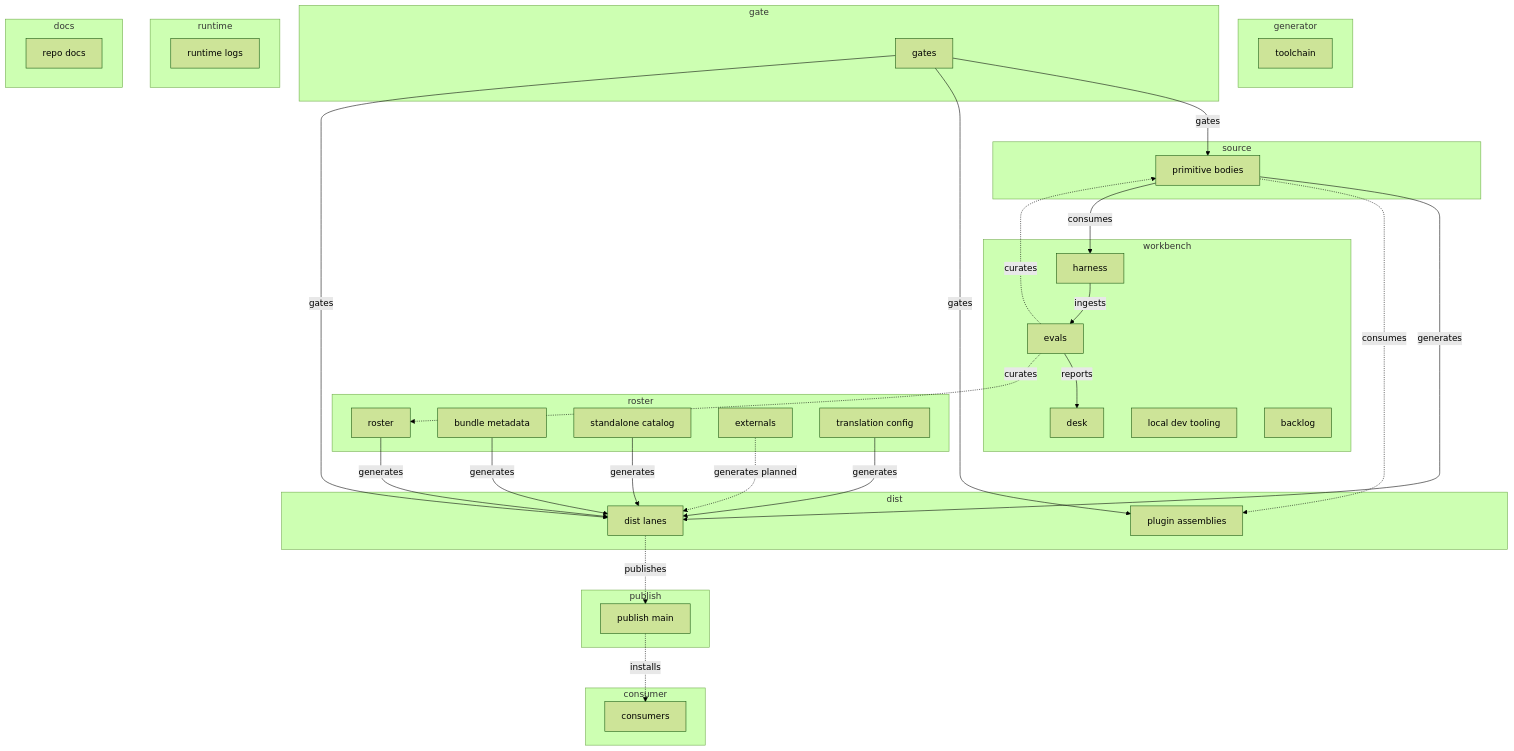
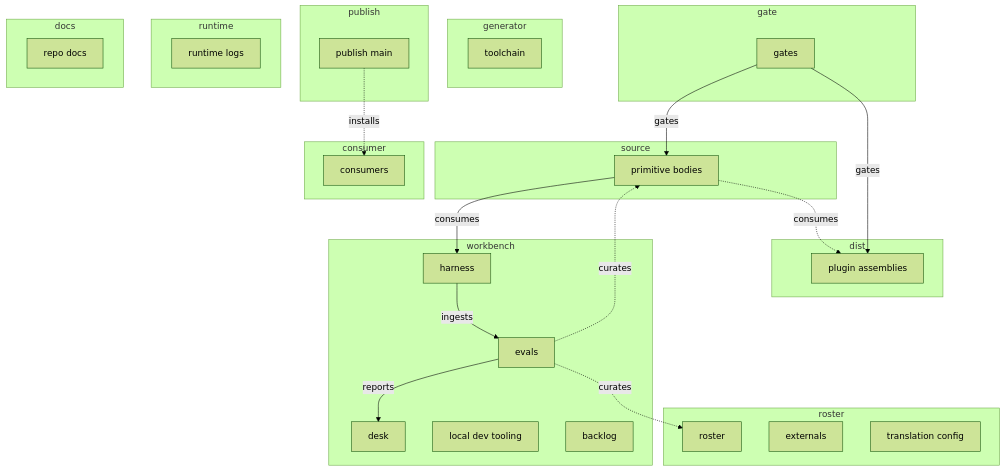
The diagram in docs/FLOW.md (hsb3/dotfiles-agents), drawn with Mermaid (forest theme) before and after one commit. The commit also changed 567 other files, not shown here.

First line of the commit message:
chore(dist): retire dist lanes, generators, drift guards; slim roster to provenance manifest (task-3)

````diff
--- a/docs/FLOW.md
+++ b/docs/FLOW.md
@@ -30,60 +30,49 @@
 ```mermaid
 flowchart TD
   subgraph L_roster[roster]
     N_roster[roster]
-    N_bundle_metadata[bundle metadata]
-    N_standalone_catalog[standalone catalog]
     N_externals[externals]
     N_translation_config[translation config]
   end
   subgraph L_source[source]
     N_primitive_bodies[primitive bodies]
   end
   subgraph L_generator[generator]
     N_toolchain[toolchain]
   end
   subgraph L_gate[gate]
     N_gates[gates]
   end
   subgraph L_dist[dist]
-    N_dist_lanes[dist lanes]
     N_plugin_assemblies[plugin assemblies]
   end
   subgraph L_publish[publish]
     N_publish_main[publish main]
   end
   subgraph L_consumer[consumer]
     N_consumers[consumers]
   end
   subgraph L_workbench[workbench]
     N_desk[desk]
     N_harness[harness]
     N_evals[evals]
     N_local_dev_tooling[local dev tooling]
     N_backlog[backlog]
   end
   subgraph L_runtime[runtime]
     N_runtime_logs[runtime logs]
   end
   subgraph L_docs[docs]
     N_repo_docs[repo docs]
   end
-  N_roster -->|generates| N_dist_lanes
-  N_primitive_bodies -->|generates| N_dist_lanes
-  N_bundle_metadata -->|generates| N_dist_lanes
-  N_standalone_catalog -->|generates| N_dist_lanes
   N_gates -->|gates| N_primitive_bodies
   N_primitive_bodies -.->|consumes| N_plugin_assemblies
   N_gates -->|gates| N_plugin_assemblies
-  N_gates -->|gates| N_dist_lanes
   N_primitive_bodies -->|consumes| N_harness
   N_harness -->|ingests| N_evals
   N_evals -->|reports| N_desk
-  N_dist_lanes -.->|publishes| N_publish_main
   N_publish_main -.->|installs| N_consumers
   N_evals -.->|curates| N_roster
   N_evals -.->|curates| N_primitive_bodies
-  N_externals -.->|generates planned| N_dist_lanes
-  N_translation_config -->|generates| N_dist_lanes
   classDef planned stroke-dasharray: 6 4
 ```
````
